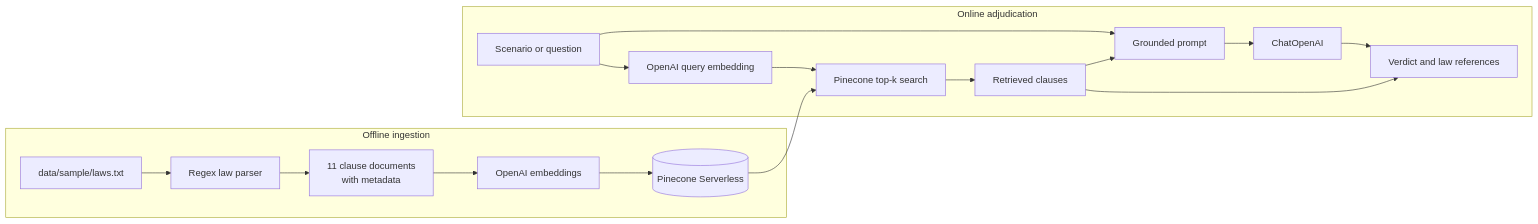
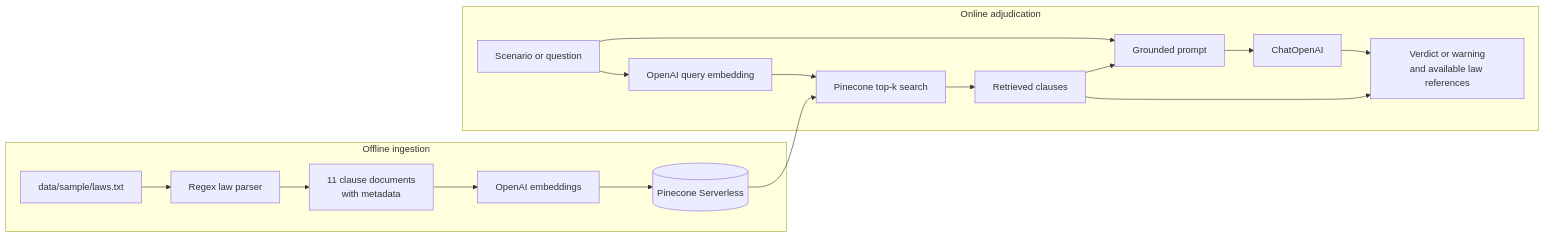
Before and after one commit to shanly-rajan/ai-builder: the diagram in projects/cricket-rag-engine/README.md, drawn with Mermaid. The commit also changed other lines of this file and 2 other files, not shown here.

Commit message:
feat: enhance evaluation and architecture documentation for error handling and UI improvements

````diff
--- a/projects/cricket-rag-engine/README.md
+++ b/projects/cricket-rag-engine/README.md
@@ -45,21 +45,21 @@
 ```mermaid
 flowchart LR
     subgraph Ingestion[Offline ingestion]
         A[data/sample/laws.txt] --> B[Regex law parser]
         B --> C[11 clause documents<br/>with metadata]
         C --> D[OpenAI embeddings]
         D --> E[(Pinecone Serverless)]
     end
 
     subgraph Adjudication[Online adjudication]
         Q[Scenario or question] --> F[OpenAI query embedding]
         F --> G[Pinecone top-k search]
         E --> G
         G --> H[Retrieved clauses]
         Q --> I[Grounded prompt]
         H --> I
         I --> J[ChatOpenAI]
-        J --> K[Verdict and law references]
+        J --> K[Verdict or warning<br/>and available law references]
         H --> K
     end
 ```
````
